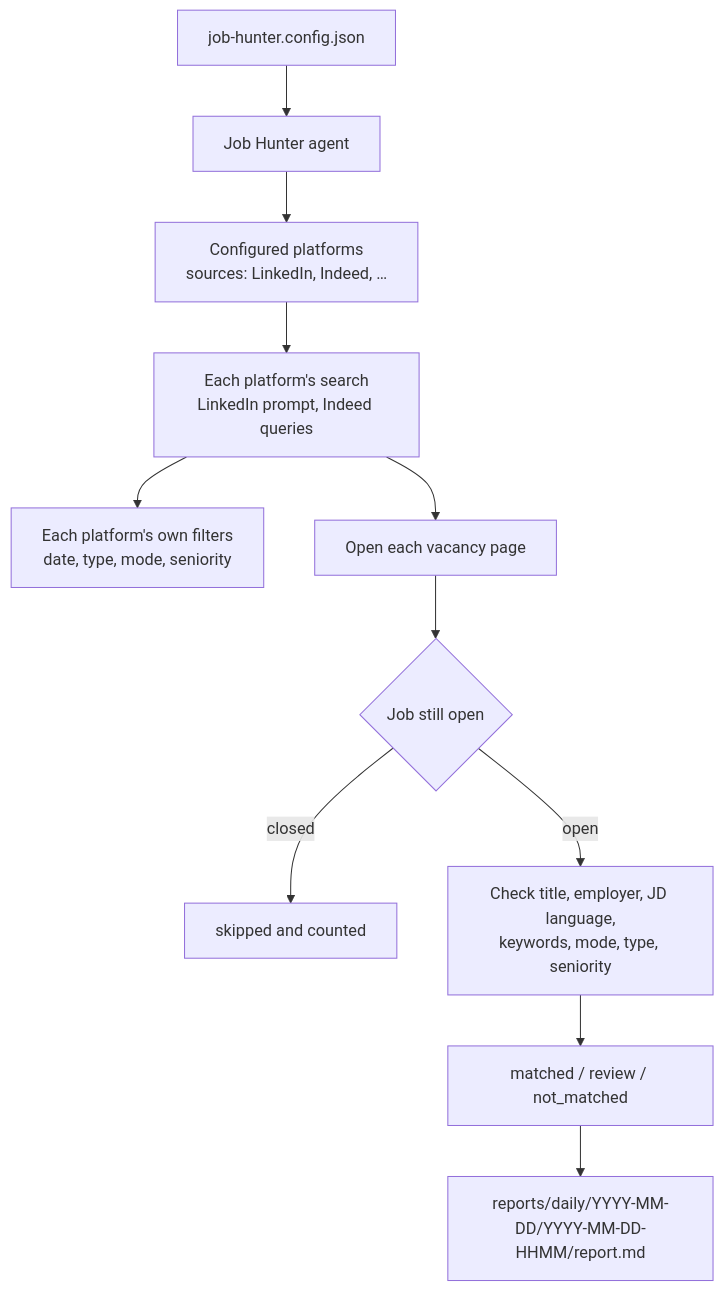
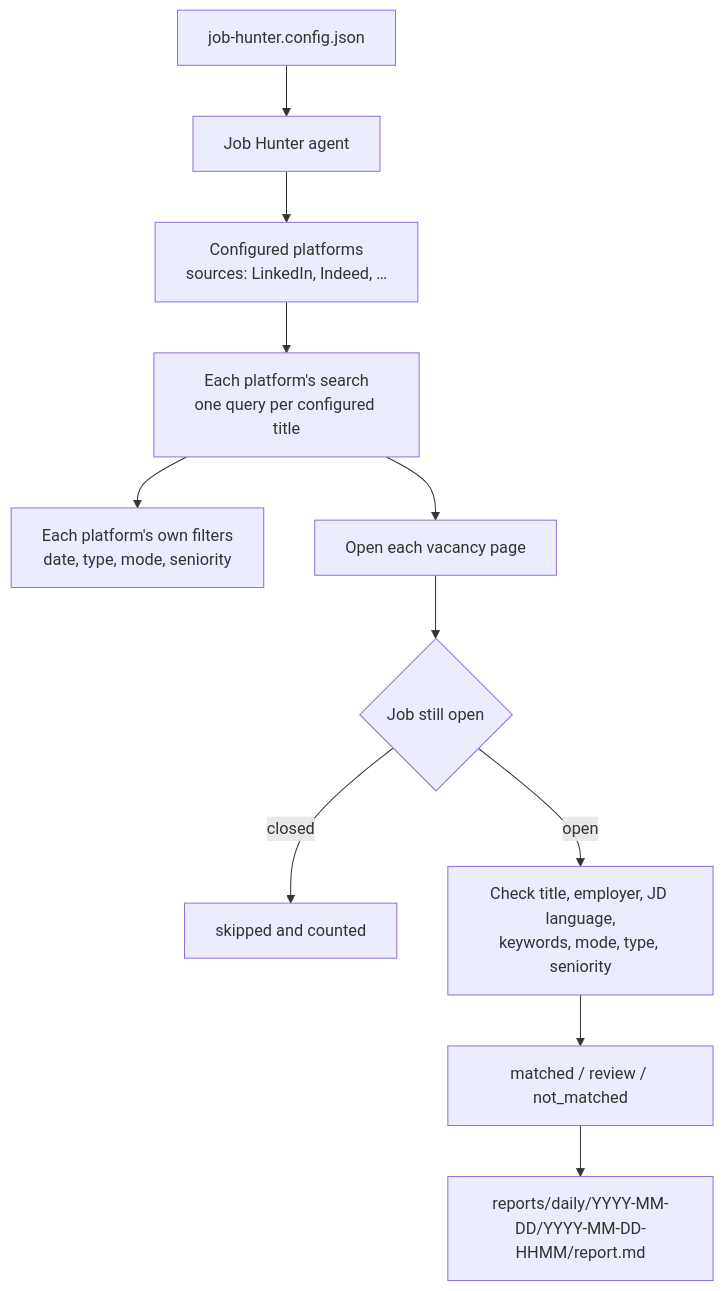
One commit to aoda-zhang/Job-hunter changed the diagram in README.md. Above: the diagram before and after it, drawn with Mermaid. The commit also changed other lines of this file and 22 other files, not shown here.

````diff
--- a/README.md
+++ b/README.md
@@ -22,13 +23,13 @@
 ```mermaid
 flowchart TD
     A[job-hunter.config.json] --> B[Job Hunter agent]
     B --> C[Configured platforms<br/>sources: LinkedIn, Indeed, …]
-    C --> D[Each platform's search<br/>LinkedIn prompt, Indeed queries]
+    C --> D[Each platform's search<br/>one query per configured title]
     D --> D2[Each platform's own filters<br/>date, type, mode, seniority]
     D --> E[Open each vacancy page]
     E --> F{Job still open}
     F -->|closed| X[skipped and counted]
     F -->|open| G[Check title, employer, JD language,<br/>keywords, mode, type, seniority]
     G --> H[matched / review / not_matched]
     H --> I[reports/daily/YYYY-MM-DD/YYYY-MM-DD-HHMM/report.md]
 ```
````
